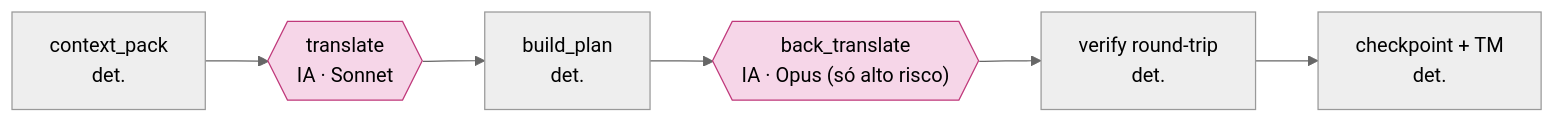
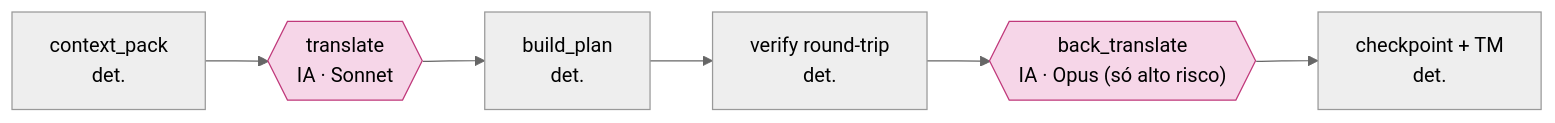
Before and after one commit to scudellerlemos/translation-cognition-framework: the second of 3 diagrams in docs/ARCHITECTURE.md, drawn with Mermaid (neutral theme). The commit also changed other lines of this file and 25 other files, not shown here.

````diff
--- a/docs/ARCHITECTURE.md
+++ b/docs/ARCHITECTURE.md
@@ -76,10 +77,10 @@
 ```mermaid
 flowchart LR
   pack["context_pack<br/>det."] --> tr{{"translate<br/>IA · Sonnet"}}
   tr --> plan["build_plan<br/>det."]
-  plan --> bt{{"back_translate<br/>IA · Opus (só alto risco)"}}
-  bt --> vf["verify round-trip<br/>det."]
-  vf --> cp["checkpoint + TM<br/>det."]
+  plan --> vf["verify round-trip<br/>det."]
+  vf --> bt{{"back_translate<br/>IA · Opus (só alto risco)"}}
+  bt --> cp["checkpoint + TM<br/>det."]
   classDef ia fill:#f6d6e8,stroke:#c0397b,color:#000;
   class tr,bt ia;
 ```
````
